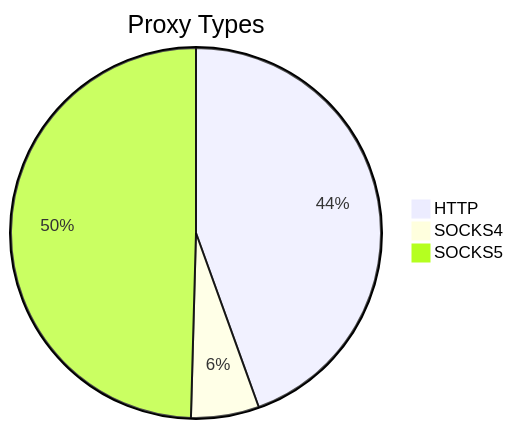
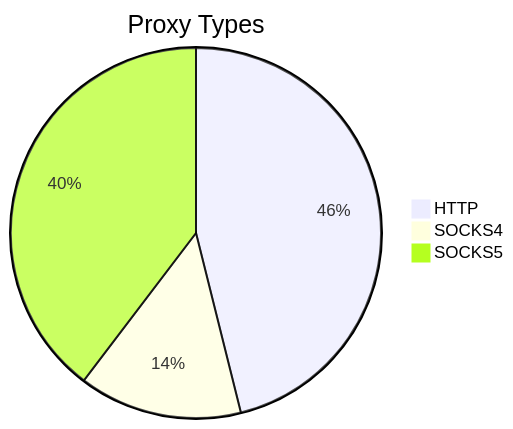
Before and after one commit to stormsia/proxy-list: the first of 2 diagrams in README.md, drawn with Mermaid. The commit also changed other lines of this file, not shown here.

````diff
--- a/README.md
+++ b/README.md
@@ -21,6 +21,6 @@
 ```mermaid
 pie title Proxy Types
-    "HTTP" : 509
-    "SOCKS4" : 68
-    "SOCKS5" : 567
+    "HTTP" : 686
+    "SOCKS4" : 212
+    "SOCKS5" : 590
 ```
````
